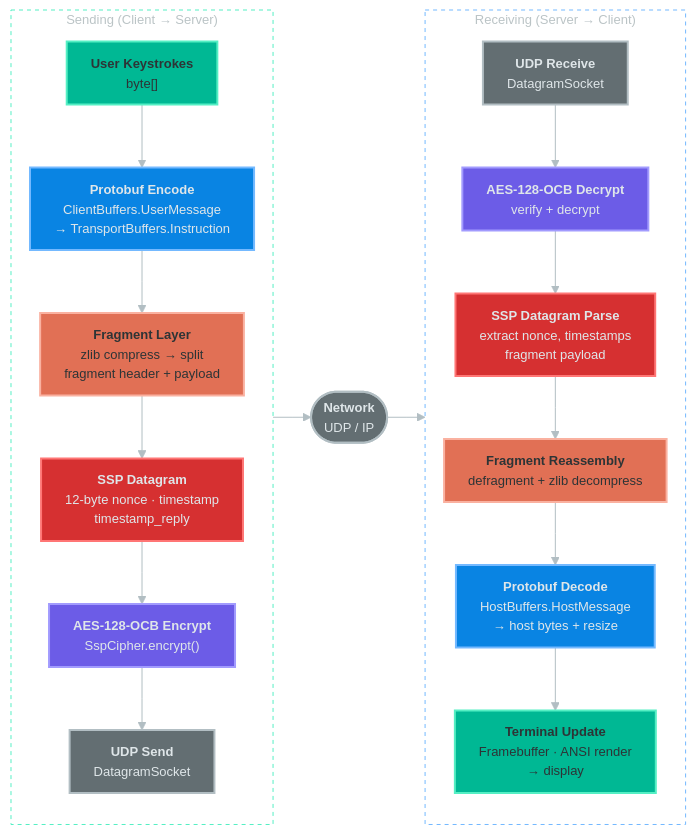
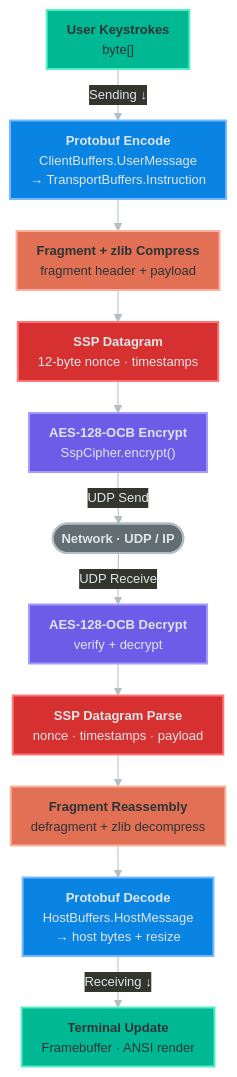
The diagram in docs/diagrams/mosh4j-protocol-stack.mmd (chardonnay/mosh4j), drawn with Mermaid before and after one commit. The commit also changed 1 other file, not shown here.

Commit message:
Redesign protocol-stack diagram: graph TD single column (552px wide)

```diff
--- a/docs/diagrams/mosh4j-protocol-stack.mmd
+++ b/docs/diagrams/mosh4j-protocol-stack.mmd
@@ -1,54 +1,46 @@
 %%{init: {
   "theme": "base",
   "themeVariables": {
     "primaryColor": "#2d3436",
     "primaryTextColor": "#dfe6e9",
     "primaryBorderColor": "#636e72",
     "lineColor": "#b2bec3",
     "fontFamily": "Menlo, Consolas, monospace",
     "fontSize": "13px"
   },
   "flowchart": {
-    "nodeSpacing": 18,
-    "rankSpacing": 38,
+    "nodeSpacing": 16,
+    "rankSpacing": 32,
     "curve": "linear",
-    "padding": 12
+    "padding": 10
   }
 }}%%
 
-graph LR
+graph TD
     classDef appLayer   fill:#00b894,stroke:#55efc4,color:#2d3436,stroke-width:2px
     classDef protoLayer fill:#0984e3,stroke:#74b9ff,color:#dfe6e9,stroke-width:2px
     classDef fragLayer  fill:#e17055,stroke:#fab1a0,color:#2d3436,stroke-width:2px
     classDef sspLayer   fill:#d63031,stroke:#ff7675,color:#dfe6e9,stroke-width:2px
     classDef cryptLayer fill:#6c5ce7,stroke:#a29bfe,color:#dfe6e9,stroke-width:2px
     classDef netLayer   fill:#636e72,stroke:#b2bec3,color:#dfe6e9,stroke-width:2px
 
-    subgraph SEND["Sending  (Client → Server)"]
-        direction TB
-        S1["<b>User Keystrokes</b><br/>byte[]"]:::appLayer
-        S2["<b>Protobuf Encode</b><br/>ClientBuffers.UserMessage<br/>→ TransportBuffers.Instruction"]:::protoLayer
-        S3["<b>Fragment Layer</b><br/>zlib compress → split<br/>fragment header + payload"]:::fragLayer
-        S4["<b>SSP Datagram</b><br/>12-byte nonce · timestamp<br/>timestamp_reply"]:::sspLayer
-        S5["<b>AES-128-OCB Encrypt</b><br/>SspCipher.encrypt()"]:::cryptLayer
-        S6["<b>UDP Send</b><br/>DatagramSocket"]:::netLayer
-        S1 --> S2 --> S3 --> S4 --> S5 --> S6
-    end
+    S1["<b>User Keystrokes</b><br/>byte[]"]:::appLayer
+    S2["<b>Protobuf Encode</b><br/>ClientBuffers.UserMessage<br/>→ TransportBuffers.Instruction"]:::protoLayer
+    S3["<b>Fragment + zlib Compress</b><br/>fragment header + payload"]:::fragLayer
+    S4["<b>SSP Datagram</b><br/>12-byte nonce · timestamps"]:::sspLayer
+    S5["<b>AES-128-OCB Encrypt</b><br/>SspCipher.encrypt()"]:::cryptLayer
 
-    NET(["<b>Network</b><br/>UDP / IP"]):::netLayer
+    NET(["<b>Network  ·  UDP / IP</b>"]):::netLayer
 
-    subgraph RECV["Receiving  (Server → Client)"]
-        direction TB
-        R6["<b>UDP Receive</b><br/>DatagramSocket"]:::netLayer
-        R5["<b>AES-128-OCB Decrypt</b><br/>verify + decrypt"]:::cryptLayer
-        R4["<b>SSP Datagram Parse</b><br/>extract nonce, timestamps<br/>fragment payload"]:::sspLayer
-        R3["<b>Fragment Reassembly</b><br/>defragment + zlib decompress"]:::fragLayer
-        R2["<b>Protobuf Decode</b><br/>HostBuffers.HostMessage<br/>→ host bytes + resize"]:::protoLayer
-        R1["<b>Terminal Update</b><br/>Framebuffer · ANSI render<br/>→ display"]:::appLayer
-        R6 --> R5 --> R4 --> R3 --> R2 --> R1
-    end
+    R5["<b>AES-128-OCB Decrypt</b><br/>verify + decrypt"]:::cryptLayer
+    R4["<b>SSP Datagram Parse</b><br/>nonce · timestamps · payload"]:::sspLayer
+    R3["<b>Fragment Reassembly</b><br/>defragment + zlib decompress"]:::fragLayer
+    R2["<b>Protobuf Decode</b><br/>HostBuffers.HostMessage<br/>→ host bytes + resize"]:::protoLayer
+    R1["<b>Terminal Update</b><br/>Framebuffer · ANSI render"]:::appLayer
 
-    S6 --> NET --> R6
-
-    style SEND fill:none,stroke:#55efc4,stroke-width:1px,stroke-dasharray:4 4
-    style RECV fill:none,stroke:#74b9ff,stroke-width:1px,stroke-dasharray:4 4
+    S1 -->|"Sending  ↓"| S2
+    S2 --> S3 --> S4 --> S5
+    S5 -->|"UDP Send"| NET
+    NET -->|"UDP Receive"| R5
+    R5 --> R4 --> R3 --> R2
+    R2 -->|"Receiving  ↓"| R1
```
